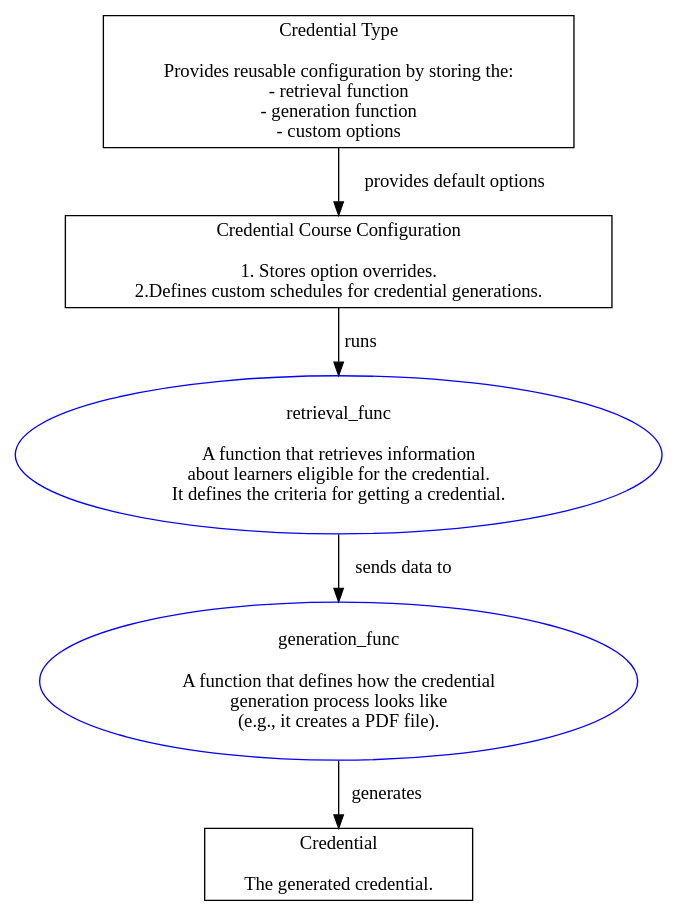
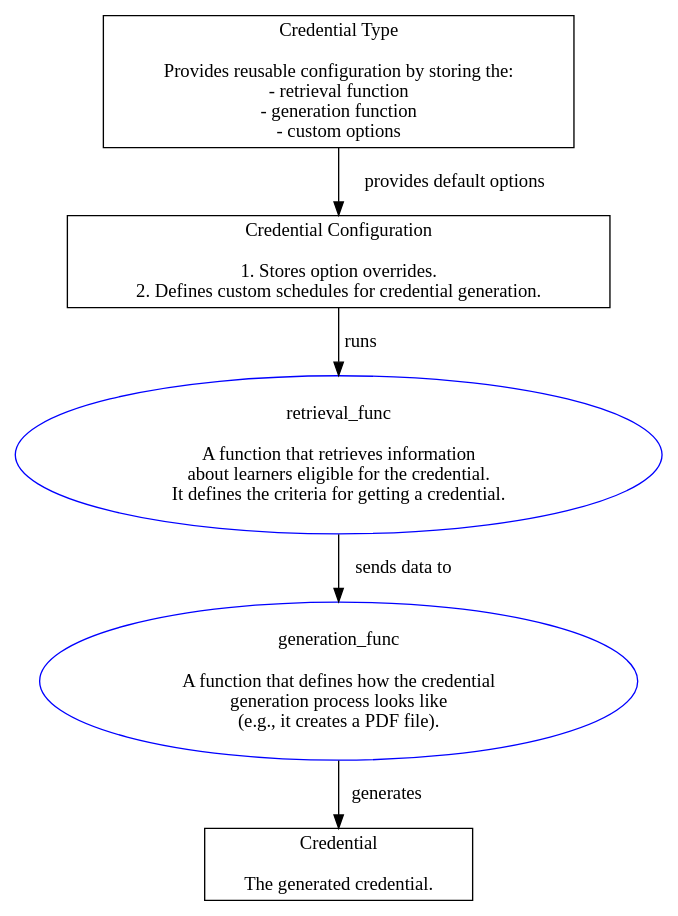
Before and after one commit to open-craft/learning-credentials: the diagram in docs/quickstarts/index.rst, drawn with Graphviz. The commit also changed other lines of this file and 27 other files, not shown here.

```diff
--- a/docs/quickstarts/index.rst
+++ b/docs/quickstarts/index.rst
@@ -9,14 +9,14 @@
 .. graphviz::
 
     digraph G {
         CredentialType [shape=box, color="black", label="Credential Type\n\nProvides reusable configuration by storing the:\n- retrieval function\n- generation function\n- custom options"]
-        CredentialCourseConfiguration [shape=box, color="black", label="Credential Course Configuration\n\n1. Stores option overrides.\n2.Defines custom schedules for credential generations."]
+        CredentialConfiguration [shape=box, color="black", label="Credential Configuration\n\n1. Stores option overrides.\n2. Defines custom schedules for credential generation."]
         RetrievalFunc [shape=ellipse, color="blue", label="retrieval_func\n\nA function that retrieves information\n about learners eligible for the credential.\nIt defines the criteria for getting a credential."]
         GenerationFunc [shape=ellipse, color="blue", label="generation_func\n\nA function that defines how the credential\ngeneration process looks like\n(e.g., it creates a PDF file)."]
         Credential [shape=box, color="black", label="Credential\n\nThe generated credential."]
 
-        CredentialCourseConfiguration -> RetrievalFunc [label="runs"]
+        CredentialConfiguration -> RetrievalFunc [label="runs"]
         RetrievalFunc -> GenerationFunc [label="sends data to"]
-        CredentialType -> CredentialCourseConfiguration [label="provides default options"]
+        CredentialType -> CredentialConfiguration [label="provides default options"]
         GenerationFunc -> Credential [label="generates"]
     }
```
